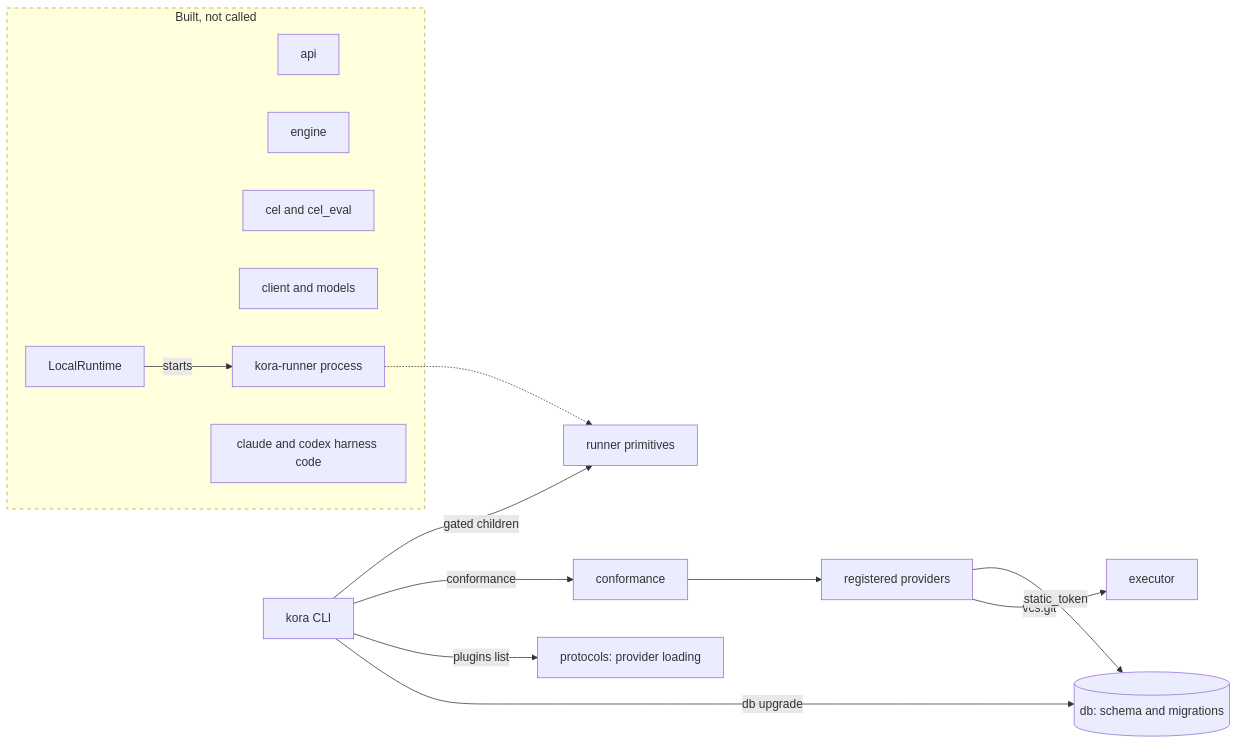
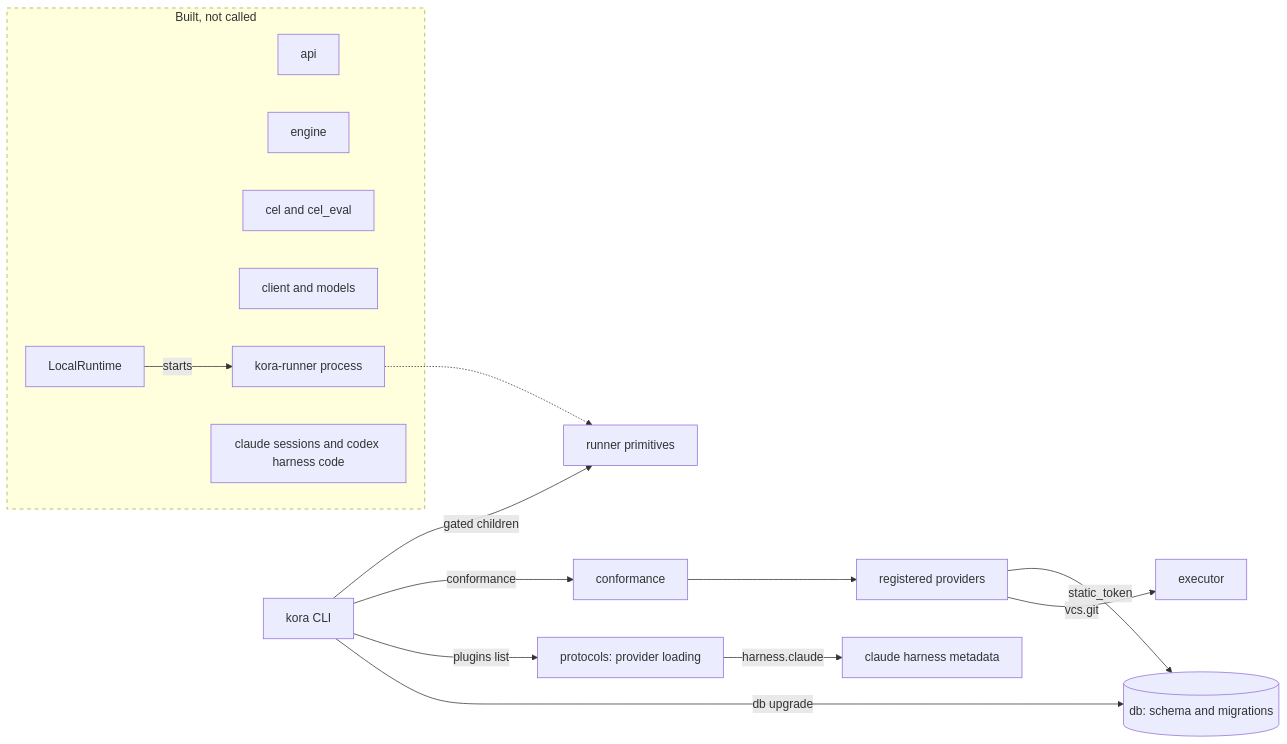
Before and after one commit to klukashka/kora: the diagram in knowledge/architecture/current.md, drawn with Mermaid. The commit also changed other lines of this file and 1 other file, not shown here.

Commit message:
Mark the registered claude harness in current.md and the pending legs
current.md shows that kora plugins list and installed conformance load the
harness.claude metadata while sessions stay unhosted, and the Claude
adapter contracts keep only installed conformance as a pending leg.

````diff
--- a/knowledge/architecture/current.md
+++ b/knowledge/architecture/current.md
@@ -94,22 +94,23 @@
 ```mermaid
 flowchart LR
     accTitle: Callers of the existing packages
-    accDescr: The kora CLI reaches the database migrations, provider listing and the conformance command, and starts gated child processes with the runner primitives. Conformance constructs the registered providers and the plan executor. The API, engine, CEL, client, models, the local runtime with its runner processes, and the harness adapters are reached only from tests.
+    accDescr: The kora CLI reaches the database migrations, provider listing and the conformance command, and starts gated child processes with the runner primitives. Conformance constructs the registered providers and the plan executor. Provider listing loads the claude harness metadata. The API, engine, CEL, client, models, the local runtime with its runner processes, and harness sessions are reached only from tests.
     CLI["kora CLI"] -->|db upgrade| DB[("db: schema and migrations")]
     CLI -->|plugins list| LOAD["protocols: provider loading"]
     CLI -->|conformance| CONF["conformance"]
     CONF --> PROV["registered providers"]
     PROV -->|vcs.git| EXEC["executor"]
     PROV -->|static_token| DB
     CLI -->|gated children| PRIM["runner primitives"]
+    LOAD -->|harness.claude| CLAUDE["claude harness metadata"]
     subgraph unused ["Built, not called"]
         API["api"]
         ENGINE["engine"]
         CEL["cel and cel_eval"]
         CLIENT["client and models"]
         LOCAL["LocalRuntime"] -->|starts| RUNNER["kora-runner process"]
-        HARNESS["claude and codex harness code"]
+        HARNESS["claude sessions and codex harness code"]
     end
     RUNNER -.-> PRIM
     style unused stroke-dasharray: 5 5
 ```
````
